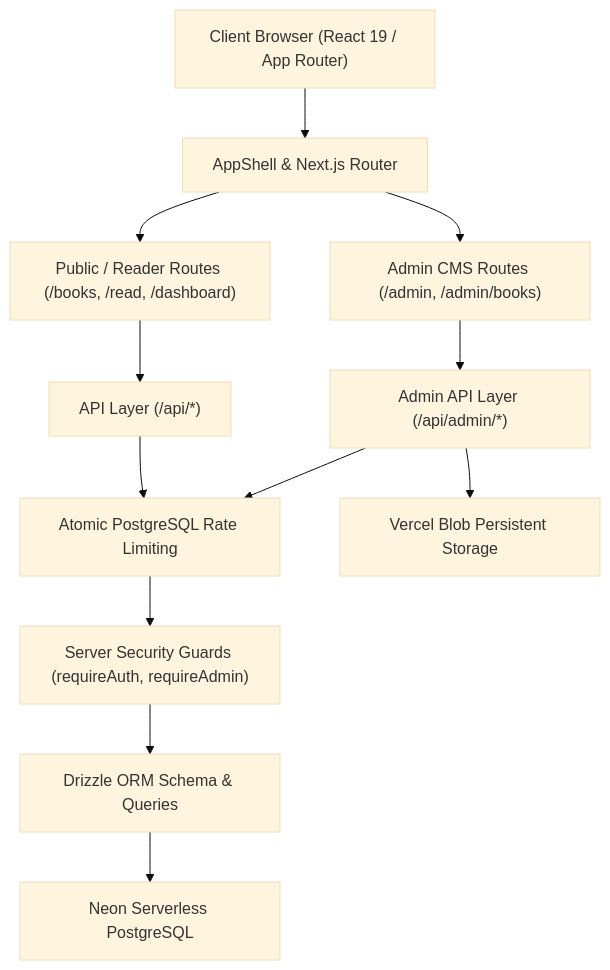
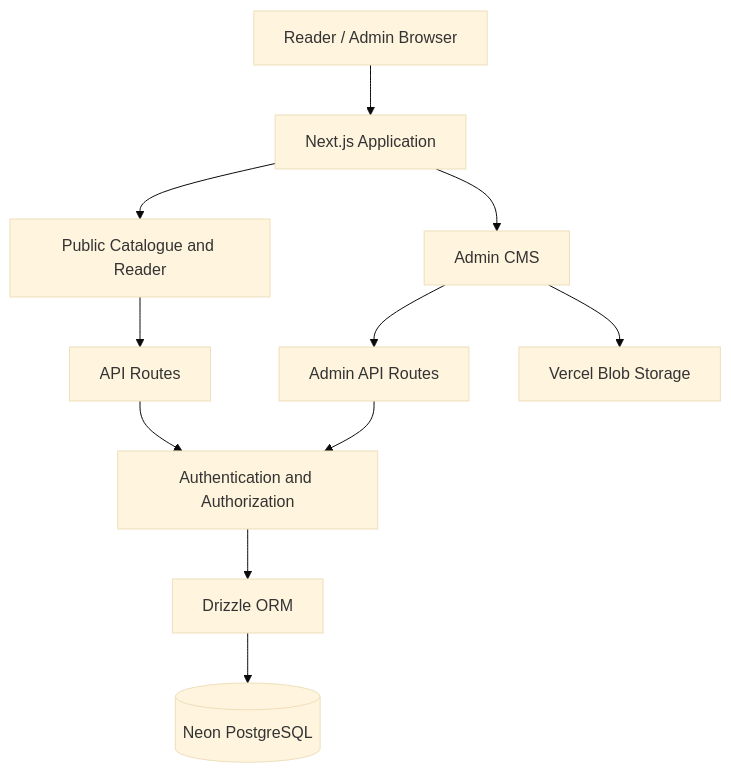
The diagram in README.md (Ravikiran9988/axly-books), drawn with Mermaid (base theme) before and after one commit. The commit also changed other lines of this file, not shown here.

````diff
--- a/README.md
+++ b/README.md
@@ -65,17 +76,13 @@
 ```mermaid
-graph TD
-    Client["Client Browser (React 19 / App Router)"] --> AppShell["AppShell & Next.js Router"]
-    AppShell --> PublicRoutes["Public / Reader Routes (/books, /read, /dashboard)"]
-    AppShell --> AdminRoutes["Admin CMS Routes (/admin, /admin/books)"]
-    
-    PublicRoutes --> API["API Layer (/api/*)"]
-    AdminRoutes --> AdminAPI["Admin API Layer (/api/admin/*)"]
-    
-    API --> RateLimit["Atomic PostgreSQL Rate Limiting"]
-    AdminAPI --> RateLimit
-    
-    RateLimit --> AuthGuard["Server Security Guards (requireAuth, requireAdmin)"]
-    AuthGuard --> DrizzleORM["Drizzle ORM Schema & Queries"]
-    DrizzleORM --> NeonDB["Neon Serverless PostgreSQL"]
-    AdminAPI --> ObjectStorage["Vercel Blob Persistent Storage"]
+flowchart TD
+    Browser[Reader / Admin Browser] --> App[Next.js Application]
+    App --> Public[Public Catalogue and Reader]
+    App --> CMS[Admin CMS]
+    Public --> API[API Routes]
+    CMS --> AdminAPI[Admin API Routes]
+    API --> Guards[Authentication and Authorization]
+    AdminAPI --> Guards
+    Guards --> ORM[Drizzle ORM]
+    ORM --> DB[(Neon PostgreSQL)]
+    CMS --> Blob[Vercel Blob Storage]
 ```
````
